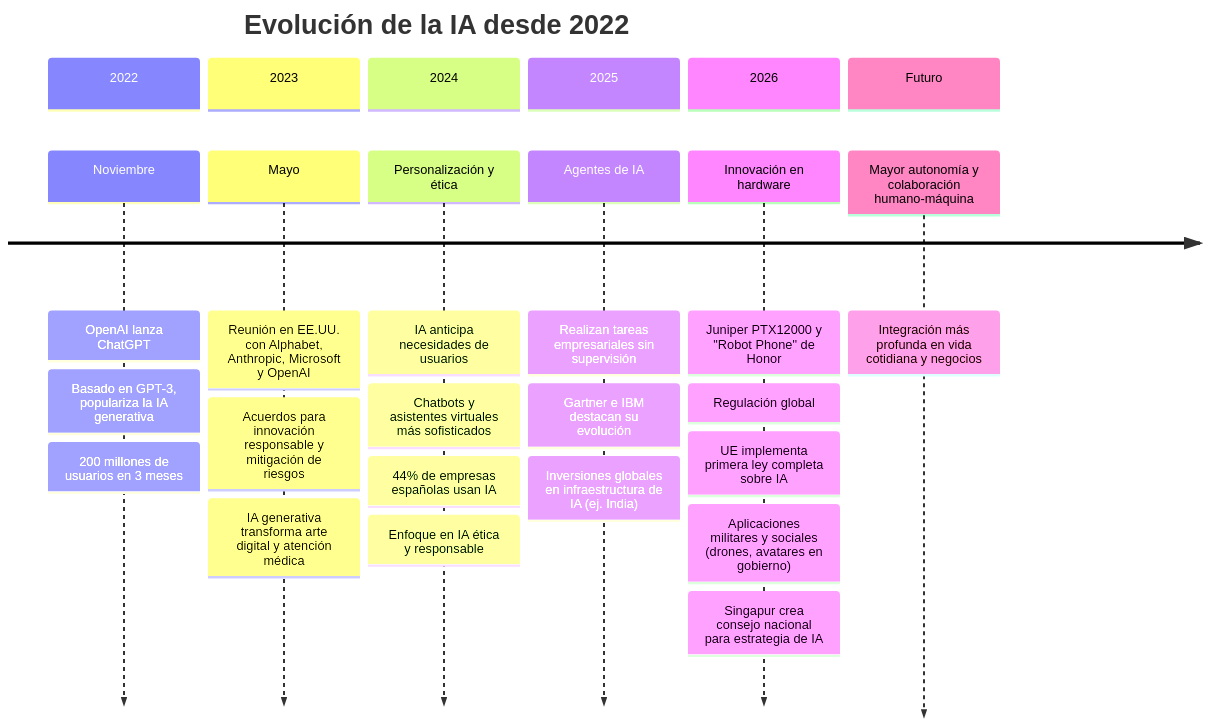
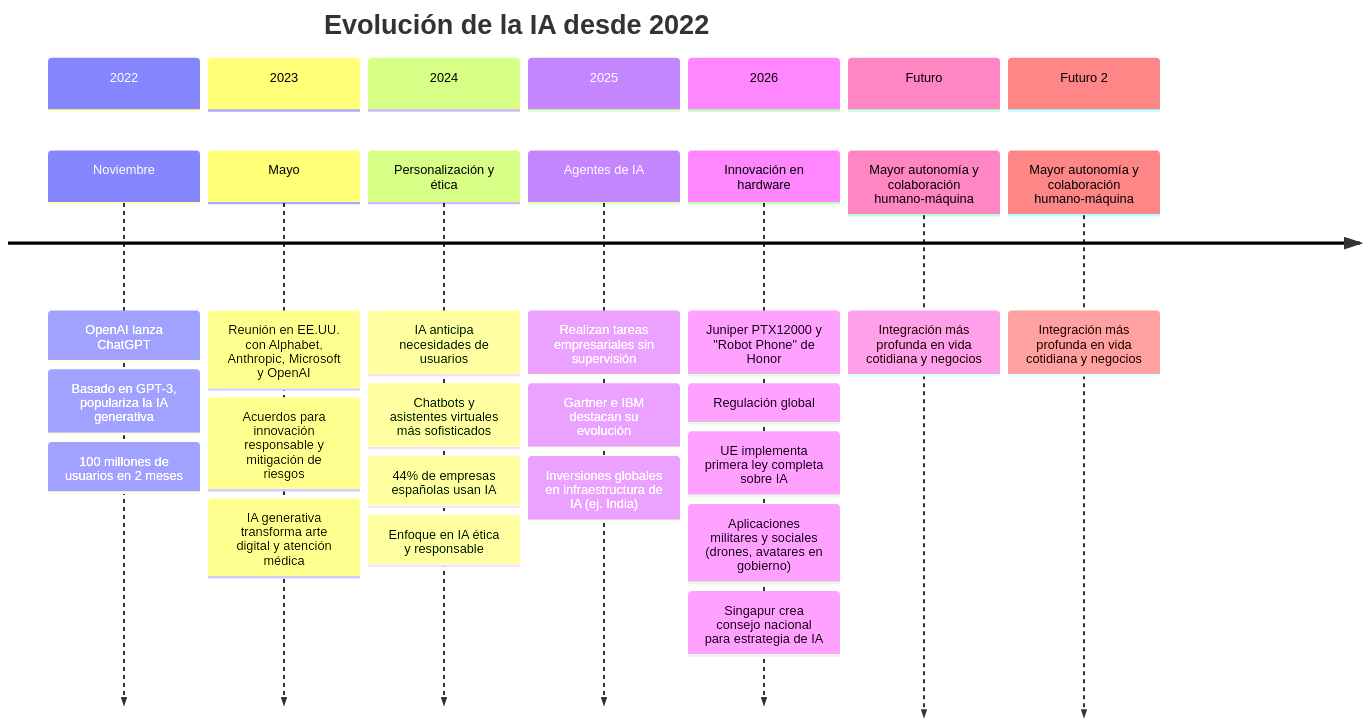
Before and after one commit to albertomozo/TDIGITAL: the diagram in IA/linea_tiempo_mistral.md, drawn with Mermaid.

Commit message:
Revise ChatGPT user stats and add future section
Updated user statistics for ChatGPT and added a new section on future developments.

````diff
--- a/IA/linea_tiempo_mistral.md
+++ b/IA/linea_tiempo_mistral.md
@@ -1,34 +1,38 @@
 ```mermaid
 timeline
   title Evolución de la IA desde 2022
   section 2022
     Noviembre : OpenAI lanza ChatGPT
     : Basado en GPT-3, populariza la IA generativa
-    : 200 millones de usuarios en 3 meses
+    : 100 millones de usuarios en 2 meses
 
   section 2023
     Mayo : Reunión en EE.UU. con Alphabet, Anthropic, Microsoft y OpenAI
     : Acuerdos para innovación responsable y mitigación de riesgos
     : IA generativa transforma arte digital y atención médica
 
   section 2024
     Personalización y ética : IA anticipa necesidades de usuarios
     : Chatbots y asistentes virtuales más sofisticados
     : 44% de empresas españolas usan IA
     : Enfoque en IA ética y responsable
 
   section 2025
     Agentes de IA : Realizan tareas empresariales sin supervisión
     : Gartner e IBM destacan su evolución
     : Inversiones globales en infraestructura de IA (ej. India)
 
   section 2026
     Innovación en hardware : Juniper PTX12000 y "Robot Phone" de Honor
     : Regulación global: UE implementa primera ley completa sobre IA
     : Aplicaciones militares y sociales (drones, avatares en gobierno)
     : Singapur crea consejo nacional para estrategia de IA
 
   section Futuro
     Mayor autonomía y colaboración humano-máquina
     : Integración más profunda en vida cotidiana y negocios
+
+  section Futuro 2
+    Mayor autonomía y colaboración humano-máquina
+    : Integración más profunda en vida cotidiana y negocios
 ```
````
